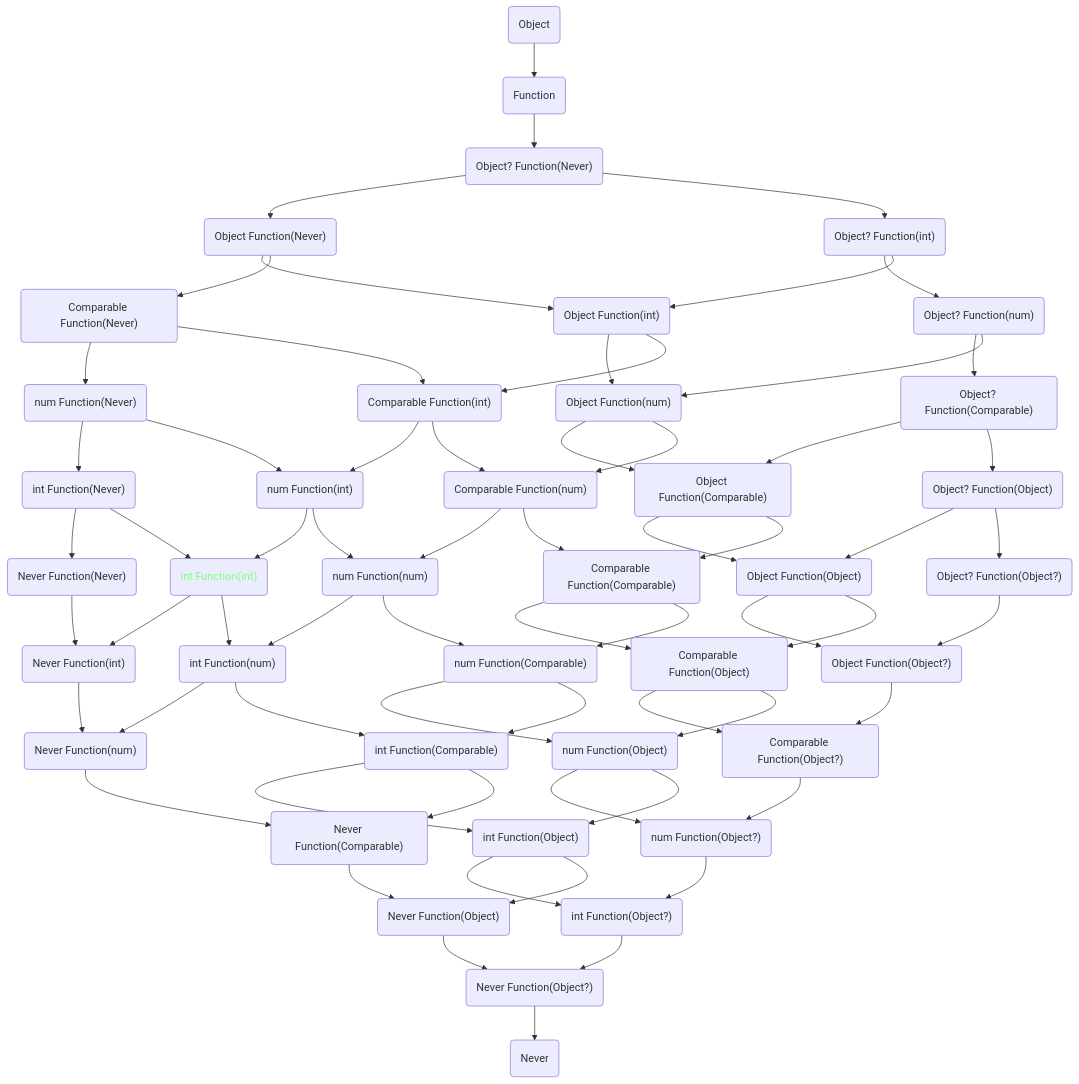
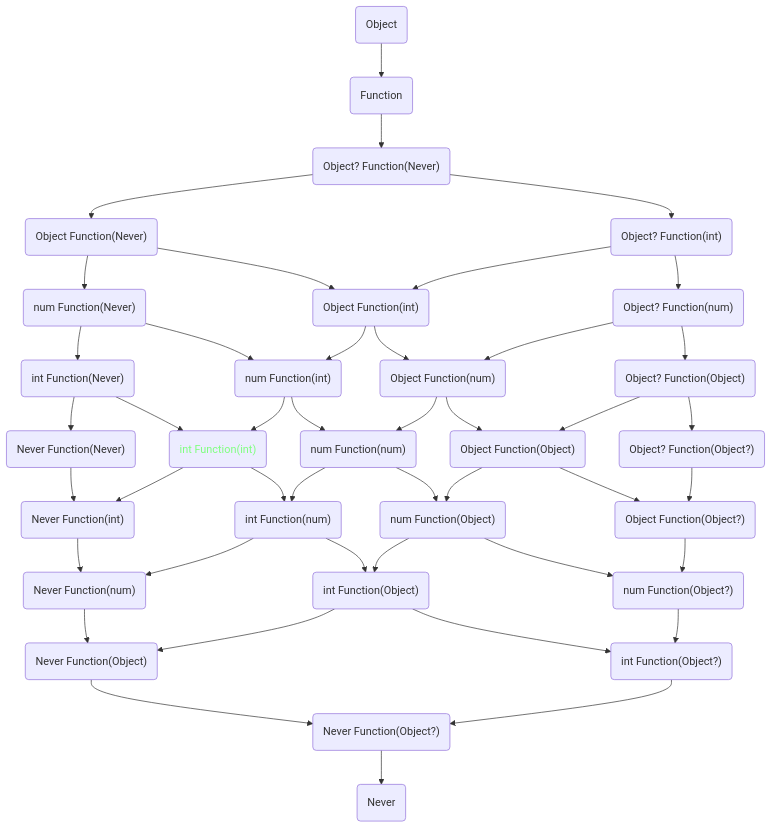
One commit to osaxma/dart_types changed the diagram in README.md. Above: the diagram before and after it, drawn with Mermaid. The commit also changed other lines of this file and 1 other file, not shown here.

Commit message:
update reamde with simplified type lattice

````diff
--- a/README.md
+++ b/README.md
@@ -25,71 +26,49 @@
     ```mermaid
     graph TD
         931422573("Object") --> 545029063("Function")
         545029063 --> 347766447("Object? Function(Never)")
         347766447 --> 99784076("Object Function(Never)")
         347766447 --> 822356007("Object? Function(int)")
-        979002104("Object? Function(num)") --> 216434382("Object? Function(Comparable<num>)")
-        979002104 --> 655152334("Object Function(num)")
-        216434382 --> 107765467("Object Function(Comparable<num>)")
-        216434382 --> 872118137("Object? Function(Object)")
-        987323756("Never Function(Never)") --> 236799857("Never Function(int)")
-        236799857 --> 751074829("Never Function(num)")
-        751074829 --> 714956365("Never Function(Comparable<num>)")
-        107765467 --> 562034873("Object Function(Object)")
-        107765467 --> 961322779("Comparable<num> Function(Comparable<num>)")
-        872118137 --> 562034873
-        872118137 --> 796081945("Object? Function(Object?)")
+        99784076 --> 558030879("num Function(Never)")
         99784076 --> 494603172("Object Function(int)")
-        99784076 --> 1004448274("Comparable<num> Function(Never)")
-        558030879("num Function(Never)") --> 355469451("int Function(Never)")
+        558030879 --> 355469451("int Function(Never)")
         558030879 --> 447189149("num Function(int)")
-        355469451 --> 987323756
+        355469451 --> 987323756("Never Function(Never)")
         355469451 --> 904175125("int Function(int)")
-        494603172 --> 655152334
-        494603172 --> 725470274("Comparable<num> Function(int)")
+        987323756 --> 236799857("Never Function(int)")
+        822356007 --> 494603172
+        822356007 --> 979002104("Object? Function(num)")
+        494603172 --> 447189149
+        494603172 --> 655152334("Object Function(num)")
         447189149 --> 904175125
         447189149 --> 434395023("num Function(num)")
         904175125 --> 236799857
         904175125 --> 1073456545("int Function(num)")
-        655152334 --> 107765467
-        655152334 --> 780091802("Comparable<num> Function(num)")
+        236799857 --> 751074829("Never Function(num)")
+        979002104 --> 655152334
+        979002104 --> 872118137("Object? Function(Object)")
+        655152334 --> 434395023
+        655152334 --> 562034873("Object Function(Object)")
         434395023 --> 1073456545
-        434395023 --> 573765227("num Function(Comparable<num>)")
+        434395023 --> 1066591392("num Function(Object)")
         1073456545 --> 751074829
-        1073456545 --> 169931172("int Function(Comparable<num>)")
+        1073456545 --> 486934897("int Function(Object)")
+        751074829 --> 314729469("Never Function(Object)")
+        872118137 --> 562034873
+        872118137 --> 796081945("Object? Function(Object?)")
+        562034873 --> 1066591392
         562034873 --> 961619332("Object Function(Object?)")
-        562034873 --> 692115739("Comparable<num> Function(Object)")
+        1066591392 --> 486934897
+        1066591392 --> 1011595491("num Function(Object?)")
+        486934897 --> 314729469
+        486934897 --> 352616210("int Function(Object?)")
+        314729469 --> 374033440("Never Function(Object?)")
         796081945 --> 961619332
-        961619332 --> 263932222("Comparable<num> Function(Object?)")
-        1004448274 --> 558030879
-        1004448274 --> 725470274
-        822356007 --> 979002104
-        822356007 --> 494603172
-        725470274 --> 447189149
-        725470274 --> 780091802
-        780091802 --> 434395023
-        780091802 --> 961322779
-        961322779 --> 692115739
-        961322779 --> 573765227
-        692115739 --> 263932222
-        692115739 --> 1066591392("num Function(Object)")
-        263932222 --> 1011595491("num Function(Object?)")
-        573765227 --> 1066591392
-        573765227 --> 169931172
-        1066591392 --> 1011595491
-        1066591392 --> 486934897("int Function(Object)")
-        169931172 --> 486934897
-        169931172 --> 714956365
-        1011595491 --> 352616210("int Function(Object?)")
-        486934897 --> 352616210
-        486934897 --> 314729469("Never Function(Object)")
-        714956365 --> 314729469
-        352616210 --> 374033440("Never Function(Object?)")
-        314729469 --> 374033440
+        961619332 --> 1011595491
+        1011595491 --> 352616210
+        352616210 --> 374033440
         374033440 --> 791979707("Never")
 
 
-
     style 904175125 color:#7FFF7F
-
     ```
````
